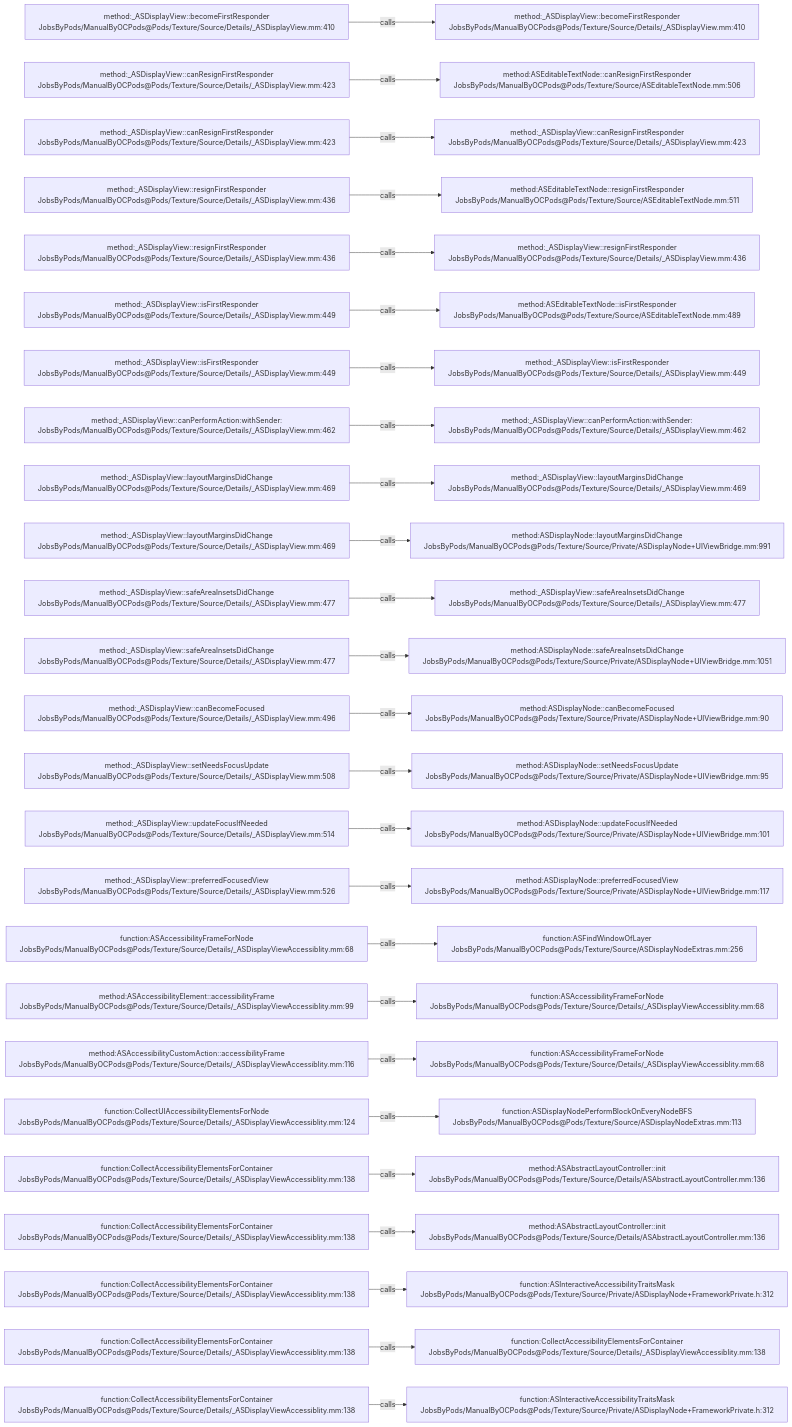
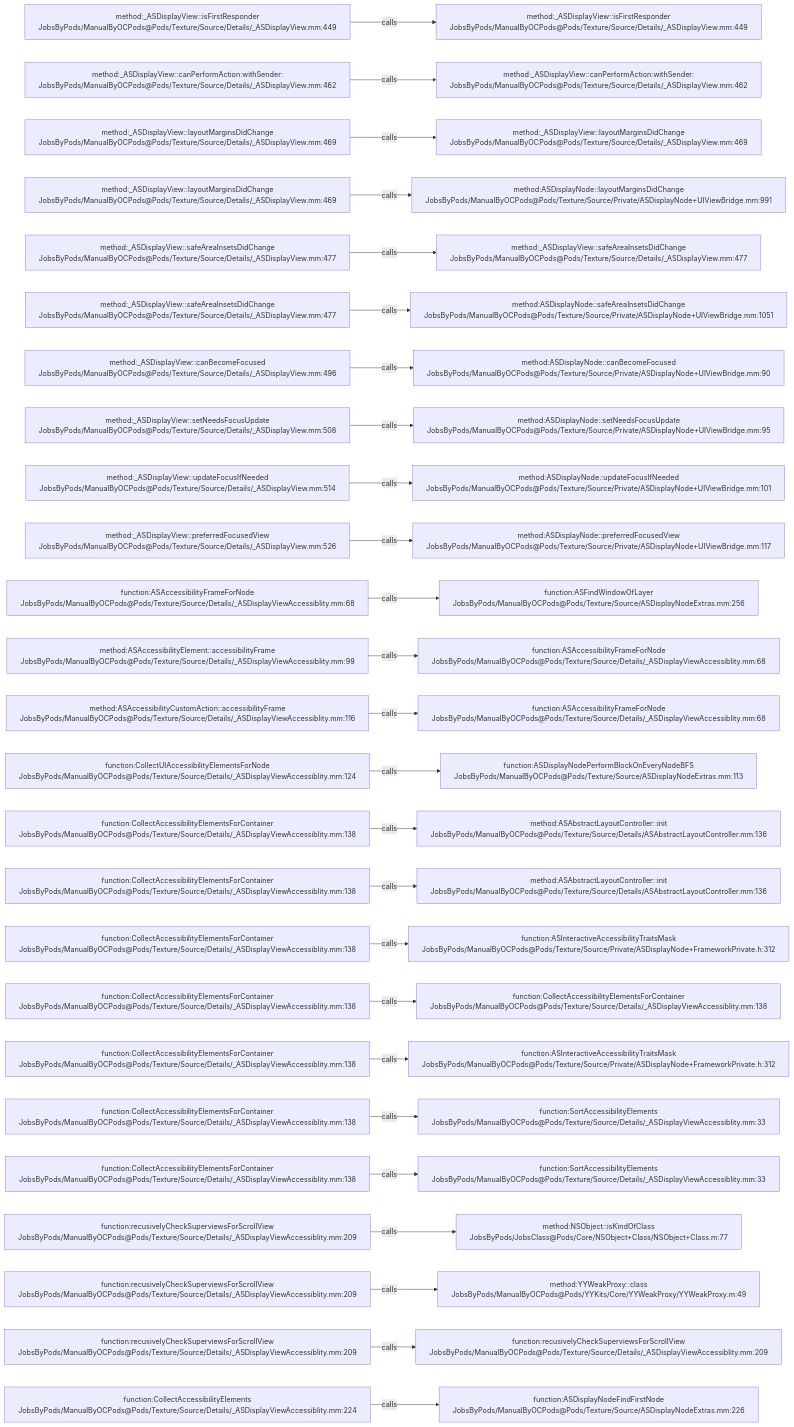
The diagram in .codegraph/codegraph.md/graphs/calls-165.md (JobsKits/JobsOCBaseConfigDemo), drawn with Mermaid before and after one commit. The commit also changed 666 other files, not shown here.

````diff
--- a/.codegraph/codegraph.md/graphs/calls-165.md
+++ b/.codegraph/codegraph.md/graphs/calls-165.md
@@ -13,78 +13,78 @@
 ```mermaid
 flowchart LR
-  S1["method:_ASDisplayView::becomeFirstResponder<br/>JobsByPods/ManualByOCPods@Pods/Texture/Source/Details/_ASDisplayView.mm:410"]
-  T1["method:_ASDisplayView::becomeFirstResponder<br/>JobsByPods/ManualByOCPods@Pods/Texture/Source/Details/_ASDisplayView.mm:410"]
+  S1["method:_ASDisplayView::isFirstResponder<br/>JobsByPods/ManualByOCPods@Pods/Texture/Source/Details/_ASDisplayView.mm:449"]
+  T1["method:_ASDisplayView::isFirstResponder<br/>JobsByPods/ManualByOCPods@Pods/Texture/Source/Details/_ASDisplayView.mm:449"]
   S1 -->|calls| T1
-  S2["method:_ASDisplayView::canResignFirstResponder<br/>JobsByPods/ManualByOCPods@Pods/Texture/Source/Details/_ASDisplayView.mm:423"]
-  T2["method:ASEditableTextNode::canResignFirstResponder<br/>JobsByPods/ManualByOCPods@Pods/Texture/Source/ASEditableTextNode.mm:506"]
+  S2["method:_ASDisplayView::canPerformAction:withSender:<br/>JobsByPods/ManualByOCPods@Pods/Texture/Source/Details/_ASDisplayView.mm:462"]
+  T2["method:_ASDisplayView::canPerformAction:withSender:<br/>JobsByPods/ManualByOCPods@Pods/Texture/Source/Details/_ASDisplayView.mm:462"]
   S2 -->|calls| T2
-  S3["method:_ASDisplayView::canResignFirstResponder<br/>JobsByPods/ManualByOCPods@Pods/Texture/Source/Details/_ASDisplayView.mm:423"]
-  T3["method:_ASDisplayView::canResignFirstResponder<br/>JobsByPods/ManualByOCPods@Pods/Texture/Source/Details/_ASDisplayView.mm:423"]
+  S3["method:_ASDisplayView::layoutMarginsDidChange<br/>JobsByPods/ManualByOCPods@Pods/Texture/Source/Details/_ASDisplayView.mm:469"]
+  T3["method:_ASDisplayView::layoutMarginsDidChange<br/>JobsByPods/ManualByOCPods@Pods/Texture/Source/Details/_ASDisplayView.mm:469"]
   S3 -->|calls| T3
-  S4["method:_ASDisplayView::resignFirstResponder<br/>JobsByPods/ManualByOCPods@Pods/Texture/Source/Details/_ASDisplayView.mm:436"]
-  T4["method:ASEditableTextNode::resignFirstResponder<br/>JobsByPods/ManualByOCPods@Pods/Texture/Source/ASEditableTextNode.mm:511"]
+  S4["method:_ASDisplayView::layoutMarginsDidChange<br/>JobsByPods/ManualByOCPods@Pods/Texture/Source/Details/_ASDisplayView.mm:469"]
+  T4["method:ASDisplayNode::layoutMarginsDidChange<br/>JobsByPods/ManualByOCPods@Pods/Texture/Source/Private/ASDisplayNode+UIViewBridge.mm:991"]
   S4 -->|calls| T4
-  S5["method:_ASDisplayView::resignFirstResponder<br/>JobsByPods/ManualByOCPods@Pods/Texture/Source/Details/_ASDisplayView.mm:436"]
-  T5["method:_ASDisplayView::resignFirstResponder<br/>JobsByPods/ManualByOCPods@Pods/Texture/Source/Details/_ASDisplayView.mm:436"]
+  S5["method:_ASDisplayView::safeAreaInsetsDidChange<br/>JobsByPods/ManualByOCPods@Pods/Texture/Source/Details/_ASDisplayView.mm:477"]
+  T5["method:_ASDisplayView::safeAreaInsetsDidChange<br/>JobsByPods/ManualByOCPods@Pods/Texture/Source/Details/_ASDisplayView.mm:477"]
   S5 -->|calls| T5
-  S6["method:_ASDisplayView::isFirstResponder<br/>JobsByPods/ManualByOCPods@Pods/Texture/Source/Details/_ASDisplayView.mm:449"]
-  T6["method:ASEditableTextNode::isFirstResponder<br/>JobsByPods/ManualByOCPods@Pods/Texture/Source/ASEditableTextNode.mm:489"]
+  S6["method:_ASDisplayView::safeAreaInsetsDidChange<br/>JobsByPods/ManualByOCPods@Pods/Texture/Source/Details/_ASDisplayView.mm:477"]
+  T6["method:ASDisplayNode::safeAreaInsetsDidChange<br/>JobsByPods/ManualByOCPods@Pods/Texture/Source/Private/ASDisplayNode+UIViewBridge.mm:1051"]
   S6 -->|calls| T6
-  S7["method:_ASDisplayView::isFirstResponder<br/>JobsByPods/ManualByOCPods@Pods/Texture/Source/Details/_ASDisplayView.mm:449"]
-  T7["method:_ASDisplayView::isFirstResponder<br/>JobsByPods/ManualByOCPods@Pods/Texture/Source/Details/_ASDisplayView.mm:449"]
+  S7["method:_ASDisplayView::canBecomeFocused<br/>JobsByPods/ManualByOCPods@Pods/Texture/Source/Details/_ASDisplayView.mm:496"]
+  T7["method:ASDisplayNode::canBecomeFocused<br/>JobsByPods/ManualByOCPods@Pods/Texture/Source/Private/ASDisplayNode+UIViewBridge.mm:90"]
   S7 -->|calls| T7
-  S8["method:_ASDisplayView::canPerformAction:withSender:<br/>JobsByPods/ManualByOCPods@Pods/Texture/Source/Details/_ASDisplayView.mm:462"]
-  T8["method:_ASDisplayView::canPerformAction:withSender:<br/>JobsByPods/ManualByOCPods@Pods/Texture/Source/Details/_ASDisplayView.mm:462"]
+  S8["method:_ASDisplayView::setNeedsFocusUpdate<br/>JobsByPods/ManualByOCPods@Pods/Texture/Source/Details/_ASDisplayView.mm:508"]
+  T8["method:ASDisplayNode::setNeedsFocusUpdate<br/>JobsByPods/ManualByOCPods@Pods/Texture/Source/Private/ASDisplayNode+UIViewBridge.mm:95"]
   S8 -->|calls| T8
-  S9["method:_ASDisplayView::layoutMarginsDidChange<br/>JobsByPods/ManualByOCPods@Pods/Texture/Source/Details/_ASDisplayView.mm:469"]
-  T9["method:_ASDisplayView::layoutMarginsDidChange<br/>JobsByPods/ManualByOCPods@Pods/Texture/Source/Details/_ASDisplayView.mm:469"]
+  S9["method:_ASDisplayView::updateFocusIfNeeded<br/>JobsByPods/ManualByOCPods@Pods/Texture/Source/Details/_ASDisplayView.mm:514"]
+  T9["method:ASDisplayNode::updateFocusIfNeeded<br/>JobsByPods/ManualByOCPods@Pods/Texture/Source/Private/ASDisplayNode+UIViewBridge.mm:101"]
   S9 -->|calls| T9
-  S10["method:_ASDisplayView::layoutMarginsDidChange<br/>JobsByPods/ManualByOCPods@Pods/Texture/Source/Details/_ASDisplayView.mm:469"]
-  T10["method:ASDisplayNode::layoutMarginsDidChange<br/>JobsByPods/ManualByOCPods@Pods/Texture/Source/Private/ASDisplayNode+UIViewBridge.mm:991"]
+  S10["method:_ASDisplayView::preferredFocusedView<br/>JobsByPods/ManualByOCPods@Pods/Texture/Source/Details/_ASDisplayView.mm:526"]
+  T10["method:ASDisplayNode::preferredFocusedView<br/>JobsByPods/ManualByOCPods@Pods/Texture/Source/Private/ASDisplayNode+UIViewBridge.mm:117"]
   S10 -->|calls| T10
-  S11["method:_ASDisplayView::safeAreaInsetsDidChange<br/>JobsByPods/ManualByOCPods@Pods/Texture/Source/Details/_ASDisplayView.mm:477"]
-  T11["method:_ASDisplayView::safeAreaInsetsDidChange<br/>JobsByPods/ManualByOCPods@Pods/Texture/Source/Details/_ASDisplayView.mm:477"]
+  S11["function:ASAccessibilityFrameForNode<br/>JobsByPods/ManualByOCPods@Pods/Texture/Source/Details/_ASDisplayViewAccessiblity.mm:68"]
+  T11["function:ASFindWindowOfLayer<br/>JobsByPods/ManualByOCPods@Pods/Texture/Source/ASDisplayNodeExtras.mm:256"]
   S11 -->|calls| T11
-  S12["method:_ASDisplayView::safeAreaInsetsDidChange<br/>JobsByPods/ManualByOCPods@Pods/Texture/Source/Details/_ASDisplayView.mm:477"]
-  T12["method:ASDisplayNode::safeAreaInsetsDidChange<br/>JobsByPods/ManualByOCPods@Pods/Texture/Source/Private/ASDisplayNode+UIViewBridge.mm:1051"]
+  S12["method:ASAccessibilityElement::accessibilityFrame<br/>JobsByPods/ManualByOCPods@Pods/Texture/Source/Details/_ASDisplayViewAccessiblity.mm:99"]
+  T12["function:ASAccessibilityFrameForNode<br/>JobsByPods/ManualByOCPods@Pods/Texture/Source/Details/_ASDisplayViewAccessiblity.mm:68"]
   S12 -->|calls| T12
-  S13["method:_ASDisplayView::canBecomeFocused<br/>JobsByPods/ManualByOCPods@Pods/Texture/Source/Details/_ASDisplayView.mm:496"]
-  T13["method:ASDisplayNode::canBecomeFocused<br/>JobsByPods/ManualByOCPods@Pods/Texture/Source/Private/ASDisplayNode+UIViewBridge.mm:90"]
+  S13["method:ASAccessibilityCustomAction::accessibilityFrame<br/>JobsByPods/ManualByOCPods@Pods/Texture/Source/Details/_ASDisplayViewAccessiblity.mm:116"]
+  T13["function:ASAccessibilityFrameForNode<br/>JobsByPods/ManualByOCPods@Pods/Texture/Source/Details/_ASDisplayViewAccessiblity.mm:68"]
   S13 -->|calls| T13
-  S14["method:_ASDisplayView::setNeedsFocusUpdate<br/>JobsByPods/ManualByOCPods@Pods/Texture/Source/Details/_ASDisplayView.mm:508"]
-  T14["method:ASDisplayNode::setNeedsFocusUpdate<br/>JobsByPods/ManualByOCPods@Pods/Texture/Source/Private/ASDisplayNode+UIViewBridge.mm:95"]
+  S14["function:CollectUIAccessibilityElementsForNode<br/>JobsByPods/ManualByOCPods@Pods/Texture/Source/Details/_ASDisplayViewAccessiblity.mm:124"]
+  T14["function:ASDisplayNodePerformBlockOnEveryNodeBFS<br/>JobsByPods/ManualByOCPods@Pods/Texture/Source/ASDisplayNodeExtras.mm:113"]
   S14 -->|calls| T14
-  S15["method:_ASDisplayView::updateFocusIfNeeded<br/>JobsByPods/ManualByOCPods@Pods/Texture/Source/Details/_ASDisplayView.mm:514"]
-  T15["method:ASDisplayNode::updateFocusIfNeeded<br/>JobsByPods/ManualByOCPods@Pods/Texture/Source/Private/ASDisplayNode+UIViewBridge.mm:101"]
+  S15["function:CollectAccessibilityElementsForContainer<br/>JobsByPods/ManualByOCPods@Pods/Texture/Source/Details/_ASDisplayViewAccessiblity.mm:138"]
+  T15["method:ASAbstractLayoutController::init<br/>JobsByPods/ManualByOCPods@Pods/Texture/Source/Details/ASAbstractLayoutController.mm:136"]
   S15 -->|calls| T15
-  S16["method:_ASDisplayView::preferredFocusedView<br/>JobsByPods/ManualByOCPods@Pods/Texture/Source/Details/_ASDisplayView.mm:526"]
-  T16["method:ASDisplayNode::preferredFocusedView<br/>JobsByPods/ManualByOCPods@Pods/Texture/Source/Private/ASDisplayNode+UIViewBridge.mm:117"]
+  S16["function:CollectAccessibilityElementsForContainer<br/>JobsByPods/ManualByOCPods@Pods/Texture/Source/Details/_ASDisplayViewAccessiblity.mm:138"]
+  T16["method:ASAbstractLayoutController::init<br/>JobsByPods/ManualByOCPods@Pods/Texture/Source/Details/ASAbstractLayoutController.mm:136"]
   S16 -->|calls| T16
-  S17["function:ASAccessibilityFrameForNode<br/>JobsByPods/ManualByOCPods@Pods/Texture/Source/Details/_ASDisplayViewAccessiblity.mm:68"]
-  T17["function:ASFindWindowOfLayer<br/>JobsByPods/ManualByOCPods@Pods/Texture/Source/ASDisplayNodeExtras.mm:256"]
+  S17["function:CollectAccessibilityElementsForContainer<br/>JobsByPods/ManualByOCPods@Pods/Texture/Source/Details/_ASDisplayViewAccessiblity.mm:138"]
+  T17["function:ASInteractiveAccessibilityTraitsMask<br/>JobsByPods/ManualByOCPods@Pods/Texture/Source/Private/ASDisplayNode+FrameworkPrivate.h:312"]
   S17 -->|calls| T17
-  S18["method:ASAccessibilityElement::accessibilityFrame<br/>JobsByPods/ManualByOCPods@Pods/Texture/Source/Details/_ASDisplayViewAccessiblity.mm:99"]
-  T18["function:ASAccessibilityFrameForNode<br/>JobsByPods/ManualByOCPods@Pods/Texture/Source/Details/_ASDisplayViewAccessiblity.mm:68"]
+  S18["function:CollectAccessibilityElementsForContainer<br/>JobsByPods/ManualByOCPods@Pods/Texture/Source/Details/_ASDisplayViewAccessiblity.mm:138"]
+  T18["function:CollectAccessibilityElementsForContainer<br/>JobsByPods/ManualByOCPods@Pods/Texture/Source/Details/_ASDisplayViewAccessiblity.mm:138"]
   S18 -->|calls| T18
-  S19["method:ASAccessibilityCustomAction::accessibilityFrame<br/>JobsByPods/ManualByOCPods@Pods/Texture/Source/Details/_ASDisplayViewAccessiblity.mm:116"]
-  T19["function:ASAccessibilityFrameForNode<br/>JobsByPods/ManualByOCPods@Pods/Texture/Source/Details/_ASDisplayViewAccessiblity.mm:68"]
+  S19["function:CollectAccessibilityElementsForContainer<br/>JobsByPods/ManualByOCPods@Pods/Texture/Source/Details/_ASDisplayViewAccessiblity.mm:138"]
+  T19["function:ASInteractiveAccessibilityTraitsMask<br/>JobsByPods/ManualByOCPods@Pods/Texture/Source/Private/ASDisplayNode+FrameworkPrivate.h:312"]
   S19 -->|calls| T19
-  S20["function:CollectUIAccessibilityElementsForNode<br/>JobsByPods/ManualByOCPods@Pods/Texture/Source/Details/_ASDisplayViewAccessiblity.mm:124"]
-  T20["function:ASDisplayNodePerformBlockOnEveryNodeBFS<br/>JobsByPods/ManualByOCPods@Pods/Texture/Source/ASDisplayNodeExtras.mm:113"]
+  S20["function:CollectAccessibilityElementsForContainer<br/>JobsByPods/ManualByOCPods@Pods/Texture/Source/Details/_ASDisplayViewAccessiblity.mm:138"]
+  T20["function:SortAccessibilityElements<br/>JobsByPods/ManualByOCPods@Pods/Texture/Source/Details/_ASDisplayViewAccessiblity.mm:33"]
   S20 -->|calls| T20
   S21["function:CollectAccessibilityElementsForContainer<br/>JobsByPods/ManualByOCPods@Pods/Texture/Source/Details/_ASDisplayViewAccessiblity.mm:138"]
-  T21["method:ASAbstractLayoutController::init<br/>JobsByPods/ManualByOCPods@Pods/Texture/Source/Details/ASAbstractLayoutController.mm:136"]
+  T21["function:SortAccessibilityElements<br/>JobsByPods/ManualByOCPods@Pods/Texture/Source/Details/_ASDisplayViewAccessiblity.mm:33"]
   S21 -->|calls| T21
-  S22["function:CollectAccessibilityElementsForContainer<br/>JobsByPods/ManualByOCPods@Pods/Texture/Source/Details/_ASDisplayViewAccessiblity.mm:138"]
-  T22["method:ASAbstractLayoutController::init<br/>JobsByPods/ManualByOCPods@Pods/Texture/Source/Details/ASAbstractLayoutController.mm:136"]
+  S22["function:recusivelyCheckSuperviewsForScrollView<br/>JobsByPods/ManualByOCPods@Pods/Texture/Source/Details/_ASDisplayViewAccessiblity.mm:209"]
+  T22["method:NSObject::isKindOfClass<br/>JobsByPods/JobsClass@Pods/Core/NSObject+Class/NSObject+Class.m:77"]
   S22 -->|calls| T22
-  S23["function:CollectAccessibilityElementsForContainer<br/>JobsByPods/ManualByOCPods@Pods/Texture/Source/Details/_ASDisplayViewAccessiblity.mm:138"]
-  T23["function:ASInteractiveAccessibilityTraitsMask<br/>JobsByPods/ManualByOCPods@Pods/Texture/Source/Private/ASDisplayNode+FrameworkPrivate.h:312"]
+  S23["function:recusivelyCheckSuperviewsForScrollView<br/>JobsByPods/ManualByOCPods@Pods/Texture/Source/Details/_ASDisplayViewAccessiblity.mm:209"]
+  T23["method:YYWeakProxy::class<br/>JobsByPods/ManualByOCPods@Pods/YYKits/Core/YYWeakProxy/YYWeakProxy.m:49"]
   S23 -->|calls| T23
-  S24["function:CollectAccessibilityElementsForContainer<br/>JobsByPods/ManualByOCPods@Pods/Texture/Source/Details/_ASDisplayViewAccessiblity.mm:138"]
-  T24["function:CollectAccessibilityElementsForContainer<br/>JobsByPods/ManualByOCPods@Pods/Texture/Source/Details/_ASDisplayViewAccessiblity.mm:138"]
+  S24["function:recusivelyCheckSuperviewsForScrollView<br/>JobsByPods/ManualByOCPods@Pods/Texture/Source/Details/_ASDisplayViewAccessiblity.mm:209"]
+  T24["function:recusivelyCheckSuperviewsForScrollView<br/>JobsByPods/ManualByOCPods@Pods/Texture/Source/Details/_ASDisplayViewAccessiblity.mm:209"]
   S24 -->|calls| T24
-  S25["function:CollectAccessibilityElementsForContainer<br/>JobsByPods/ManualByOCPods@Pods/Texture/Source/Details/_ASDisplayViewAccessiblity.mm:138"]
-  T25["function:ASInteractiveAccessibilityTraitsMask<br/>JobsByPods/ManualByOCPods@Pods/Texture/Source/Private/ASDisplayNode+FrameworkPrivate.h:312"]
+  S25["function:CollectAccessibilityElements<br/>JobsByPods/ManualByOCPods@Pods/Texture/Source/Details/_ASDisplayViewAccessiblity.mm:224"]
+  T25["function:ASDisplayNodeFindFirstNode<br/>JobsByPods/ManualByOCPods@Pods/Texture/Source/ASDisplayNodeExtras.mm:226"]
   S25 -->|calls| T25
 ```
````
